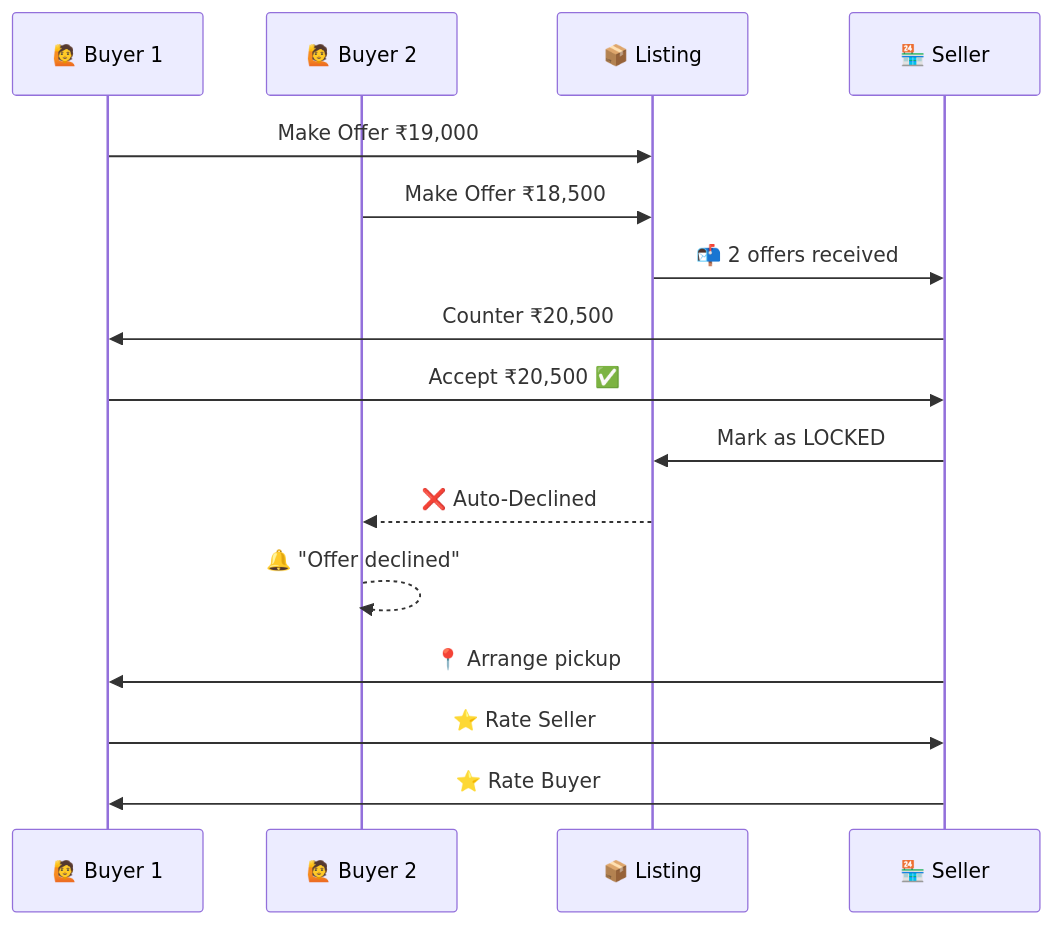
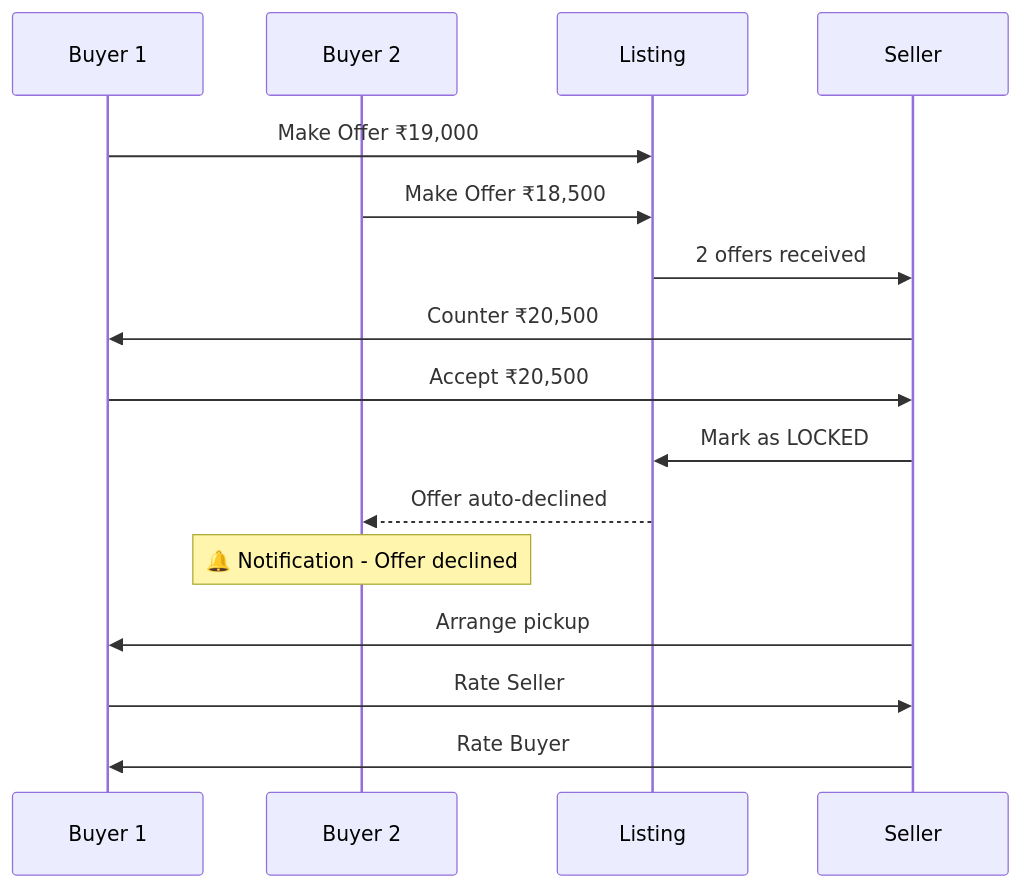
The second of 5 diagrams in README.md (Kanthi-varshini/Resellring), drawn with Mermaid before and after one commit. The commit also changed other lines of this file, not shown here.

````diff
--- a/README.md
+++ b/README.md
@@ -102,19 +102,19 @@
 ```mermaid
 sequenceDiagram
-    participant B1 as 🙋 Buyer 1
-    participant B2 as 🙋 Buyer 2
-    participant L as 📦 Listing
-    participant S as 🏪 Seller
+    participant B1 as Buyer 1
+    participant B2 as Buyer 2
+    participant L as Listing
+    participant S as Seller
 
     B1->>L: Make Offer ₹19,000
     B2->>L: Make Offer ₹18,500
-    L->>S: 📬 2 offers received
+    L->>S: 2 offers received
     S->>B1: Counter ₹20,500
-    B1->>S: Accept ₹20,500 ✅
+    B1->>S: Accept ₹20,500
     S->>L: Mark as LOCKED
-    L-->>B2: ❌ Auto-Declined
-    B2-->>B2: 🔔 "Offer declined"
-    S->>B1: 📍 Arrange pickup
-    B1->>S: ⭐ Rate Seller
-    S->>B1: ⭐ Rate Buyer
+    L-->>B2: Offer auto-declined
+    Note over B2: 🔔 Notification - Offer declined
+    S->>B1: Arrange pickup
+    B1->>S: Rate Seller
+    S->>B1: Rate Buyer
 ```
````
